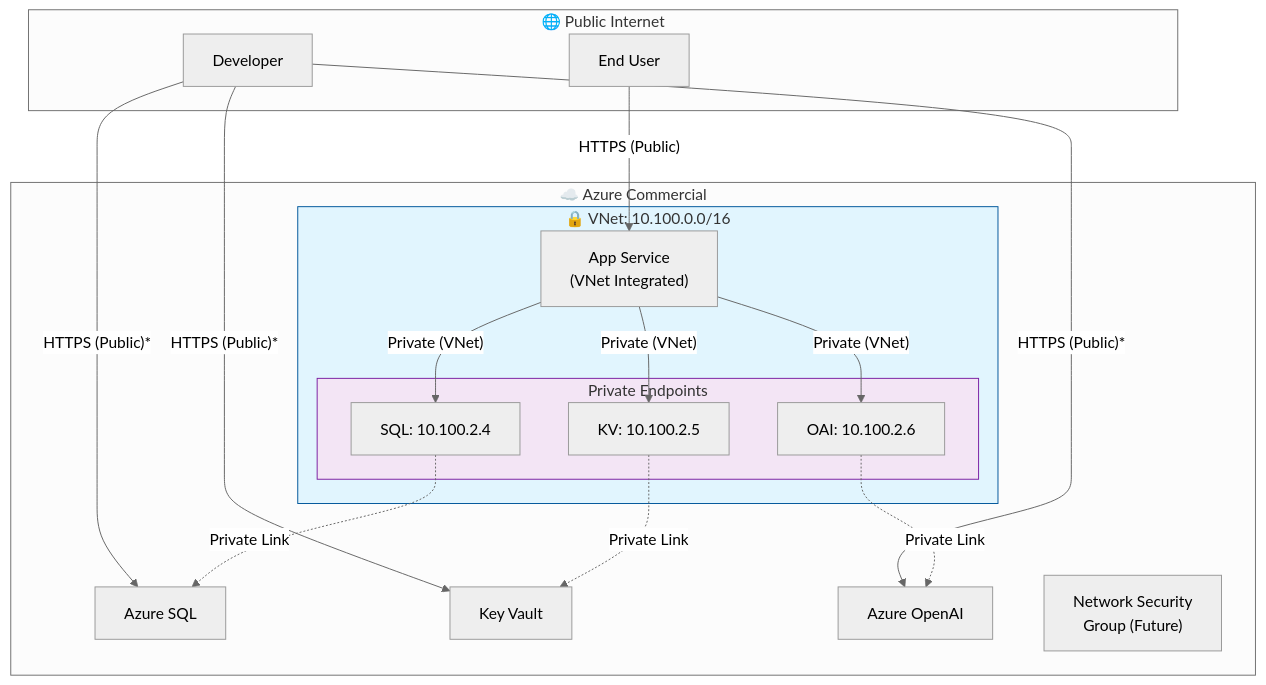
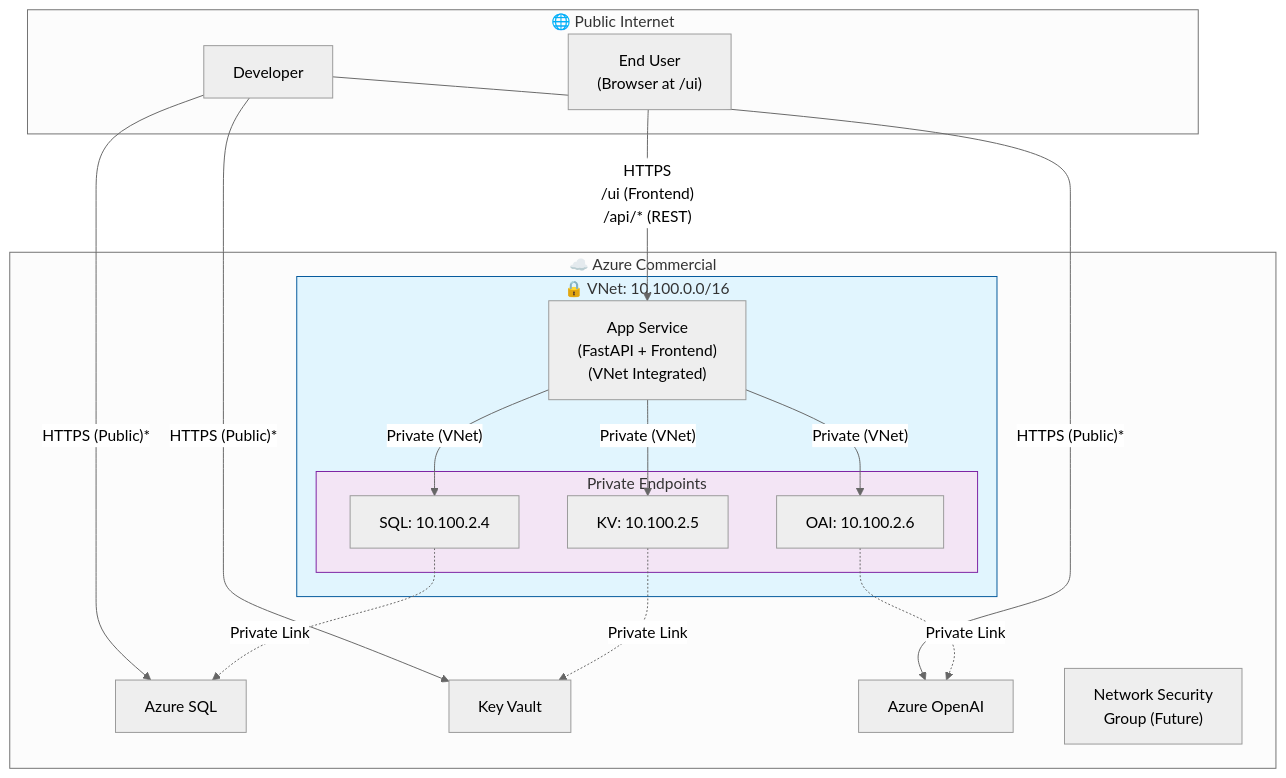
One commit to KyleMonteagudo/csat-guardian changed the fourth of 4 diagrams in docs/diagrams/infrastructure.md. Above: the diagram before and after it, drawn with Mermaid (neutral theme). The commit also changed other lines of this file and 6 other files, not shown here.

````diff
--- a/docs/diagrams/infrastructure.md
+++ b/docs/diagrams/infrastructure.md
@@ -176,41 +190,41 @@
 ```mermaid
 flowchart TB
     subgraph Public["🌐 Public Internet"]
-        User["End User"]
+        User["End User<br/>(Browser at /ui)"]
         Dev["Developer"]
     end
 
     subgraph AzureCommercial["☁️ Azure Commercial"]
         subgraph VNet["🔒 VNet: 10.100.0.0/16"]
-            AppService["App Service<br/>(VNet Integrated)"]
+            AppService["App Service<br/>(FastAPI + Frontend)<br/>(VNet Integrated)"]
             
             subgraph PrivateEndpoints["Private Endpoints"]
                 PE1["SQL: 10.100.2.4"]
                 PE2["KV: 10.100.2.5"]
                 PE3["OAI: 10.100.2.6"]
             end
         end
         
         SQL["Azure SQL"]
         KV["Key Vault"]
         OAI["Azure OpenAI"]
         
         NSG["Network Security<br/>Group (Future)"]
     end
 
-    User -->|"HTTPS (Public)"| AppService
+    User -->|"HTTPS<br/>/ui (Frontend)<br/>/api/* (REST)"| AppService
     Dev -->|"HTTPS (Public)*"| SQL
     Dev -->|"HTTPS (Public)*"| KV
     Dev -->|"HTTPS (Public)*"| OAI
     
     AppService -->|"Private (VNet)"| PE1
     AppService -->|"Private (VNet)"| PE2
     AppService -->|"Private (VNet)"| PE3
     
     PE1 -.->|"Private Link"| SQL
     PE2 -.->|"Private Link"| KV
     PE3 -.->|"Private Link"| OAI
 
     style VNet fill:#e1f5fe,stroke:#01579b
     style PrivateEndpoints fill:#f3e5f5,stroke:#7b1fa2
 ```
````
